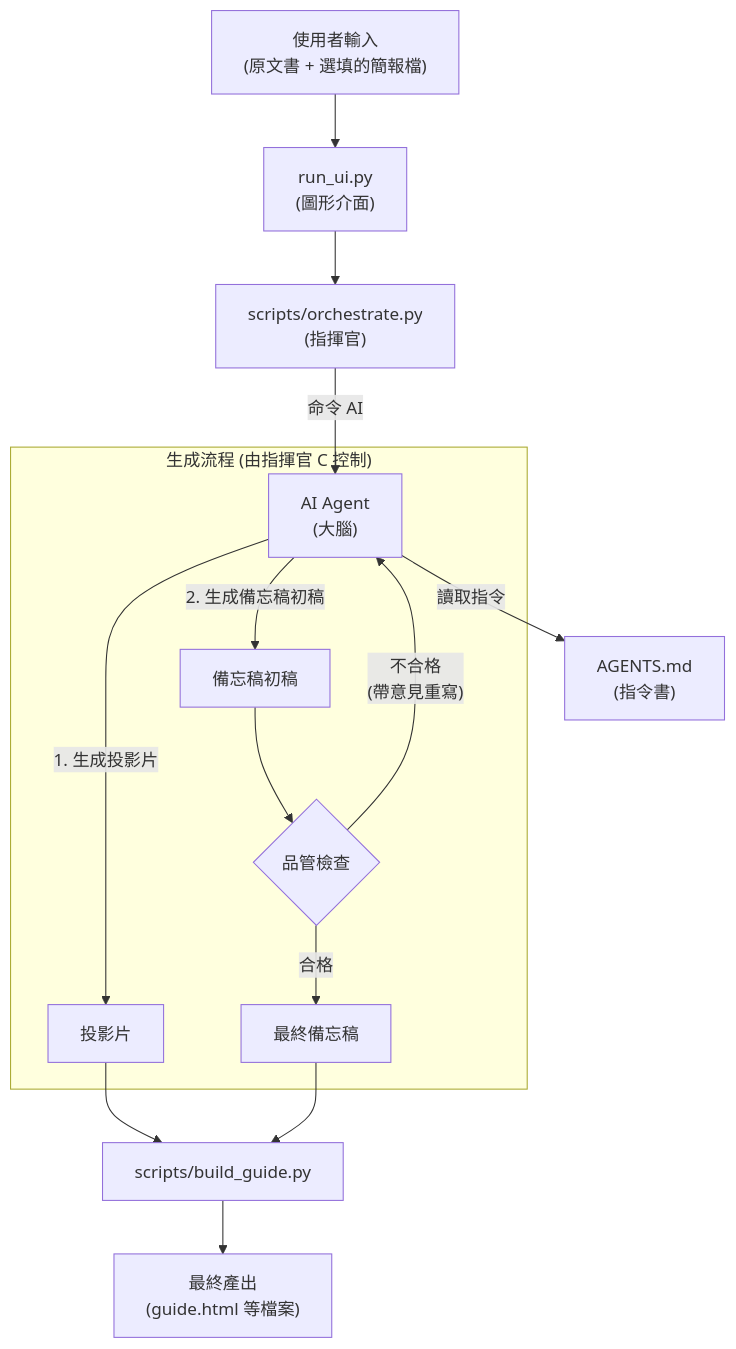
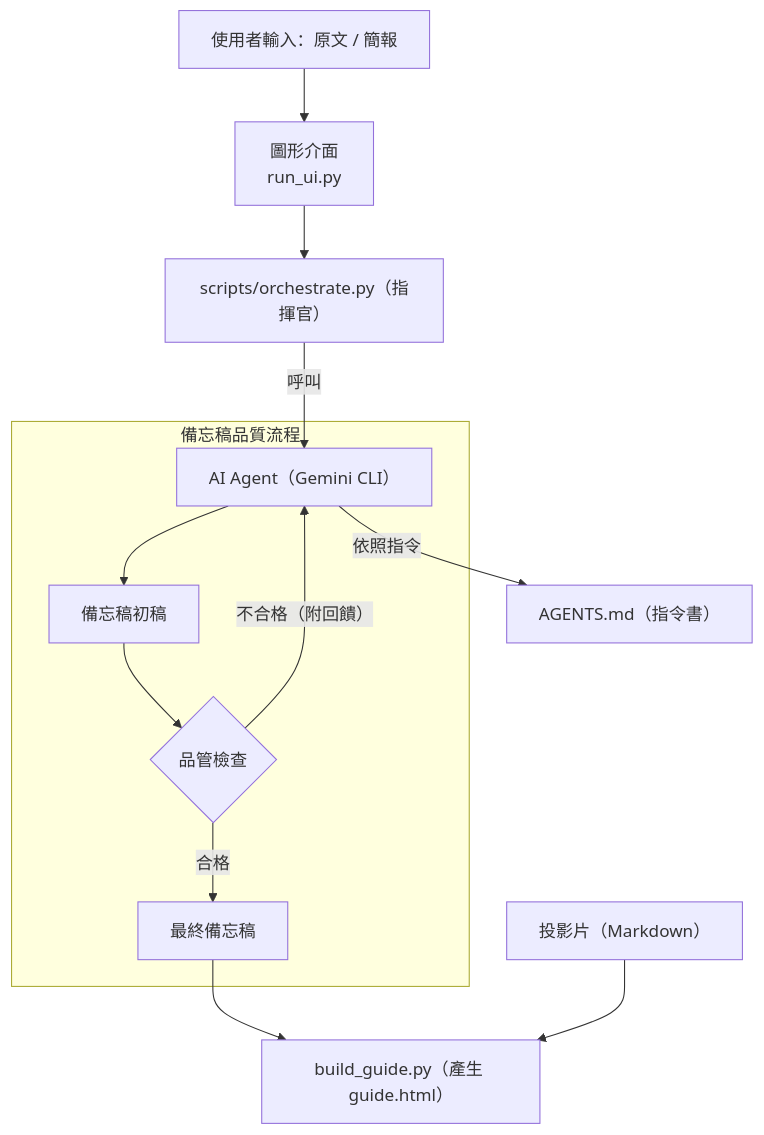
Before and after one commit to Chiakai-Chang/PPTPlaner: the diagram in README.md, drawn with Mermaid. The commit also changed other lines of this file, not shown here.

````diff
--- a/README.md
+++ b/README.md
@@ -122,21 +106,18 @@
 ```mermaid
 flowchart TD
-    A["使用者輸入<br>(原文書 + 選填的簡報檔)"] --> B["run_ui.py<br>(圖形介面)"]
-    B --> C["scripts/orchestrate.py<br>(指揮官)"]
-    
-    C -- "命令 AI" --> D["AI Agent<br>(大腦)"]
-    D -- "讀取指令" --> E["AGENTS.md<br>(指令書)"]
+    A["使用者輸入：原文 / 簡報"] --> UI["圖形介面<br>run_ui.py"]
+    UI --> O["scripts/orchestrate.py（指揮官）"]
 
-    subgraph "生成流程 (由指揮官 C 控制)"
-        D -- "1. 生成投影片" --> S["投影片"]
-        D -- "2. 生成備忘稿初稿" --> M1["備忘稿初稿"]
-        M1 --> V{品管檢查}
-        V -- "合格" --> M2["最終備忘稿"]
-        V -- "不合格<br>(帶意見重寫)" --> D
+    O -- 呼叫 --> AGI["AI Agent（Gemini CLI）"]
+    AGI -- 依照指令 --> SPEC["AGENTS.md（指令書）"]
+
+    subgraph "備忘稿品質流程"
+        AGI --> Draft["備忘稿初稿"]
+        Draft --> QC{"品管檢查"}
+        QC -->|合格| Final["最終備忘稿"]
+        QC -->|不合格（附回饋）| AGI
     end
 
-    S --> G
-    M2 --> G
-    
-    G["scripts/build_guide.py"] --> H["最終產出<br>(guide.html 等檔案)"]
+    Final --> GUIDE["build_guide.py（產生 guide.html）"]
+    Slides["投影片（Markdown）"] --> GUIDE
 ```
````
